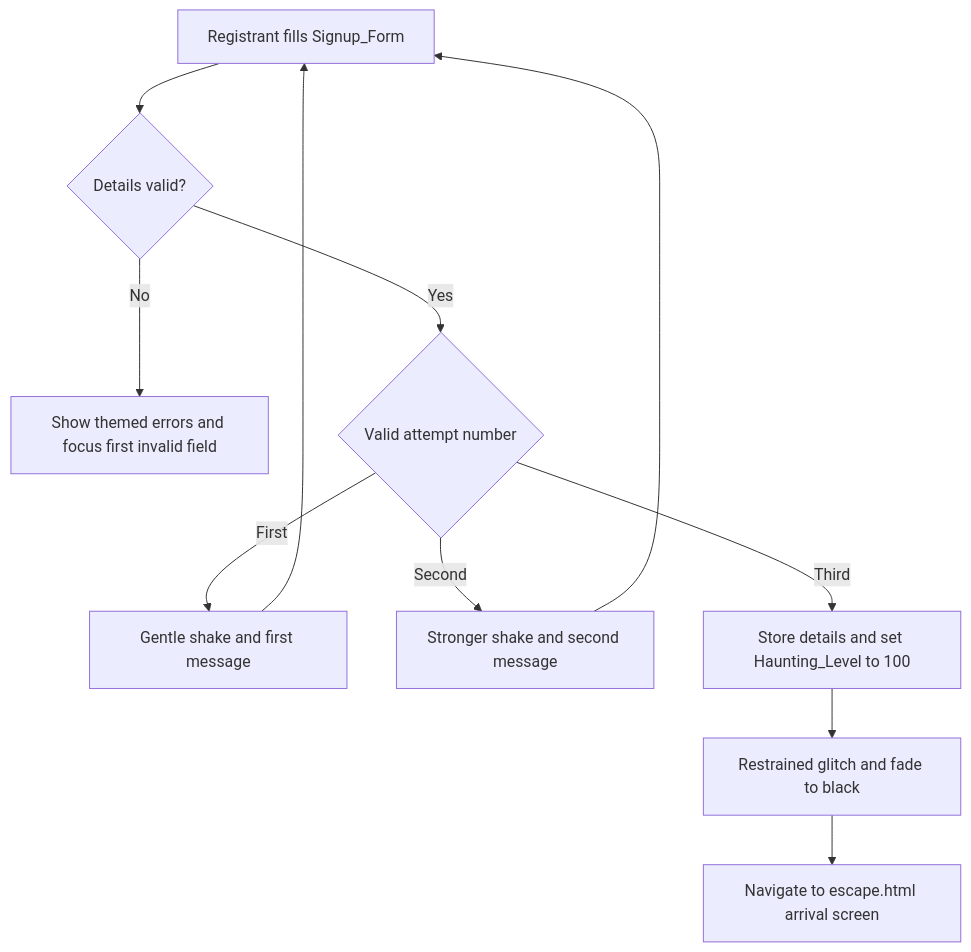
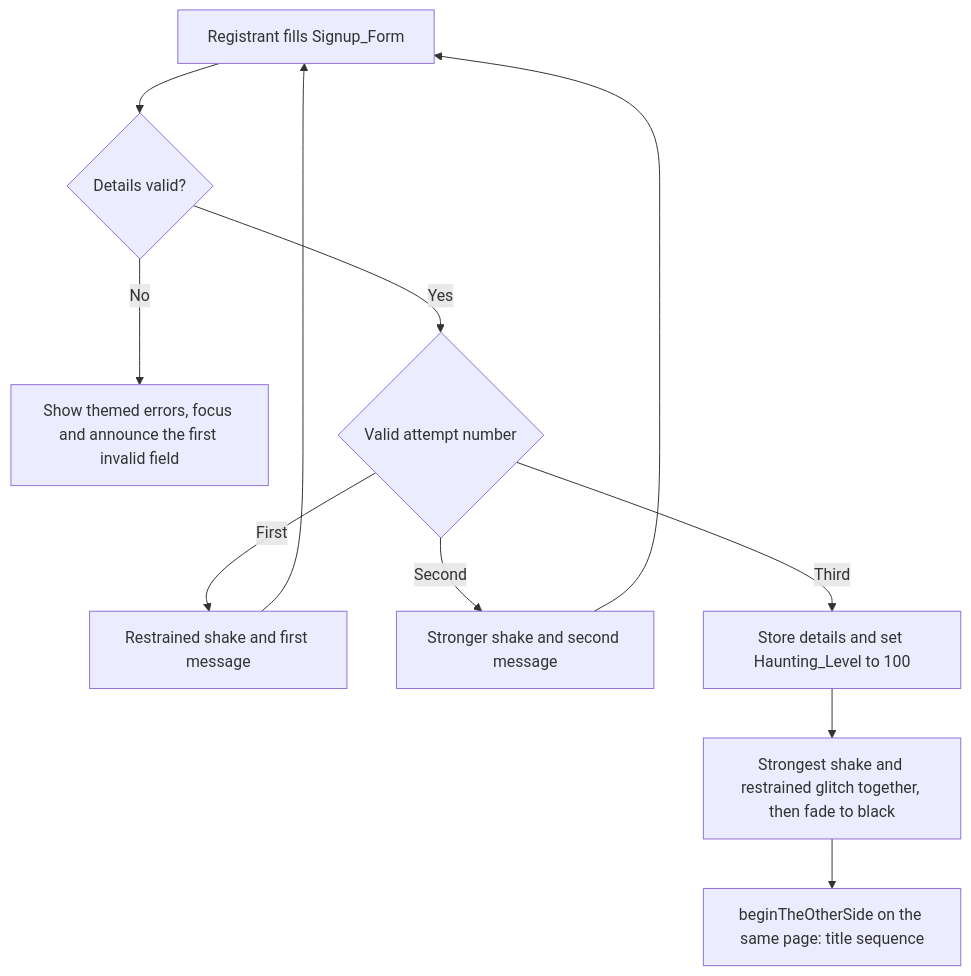
One commit to aasrithj/kiroween-hackathon-project changed the second of 2 diagrams in .kiro/specs/spooky-haunting-ui/design.md. Above: the diagram before and after it, drawn with Mermaid. The commit also changed other lines of this file and 26 other files, not shown here.

````diff
--- a/.kiro/specs/spooky-haunting-ui/design.md
+++ b/.kiro/specs/spooky-haunting-ui/design.md
@@ -49,13 +54,13 @@
 ```mermaid
 flowchart TD
   A[Registrant fills Signup_Form] --> B{Details valid?}
-  B -- No --> C[Show themed errors and focus first invalid field]
+  B -- No --> C[Show themed errors, focus and announce the first invalid field]
   B -- Yes --> D{Valid attempt number}
-  D -- First --> E[Gentle shake and first message]
+  D -- First --> E[Restrained shake and first message]
   E --> A
   D -- Second --> F[Stronger shake and second message]
   F --> A
   D -- Third --> G[Store details and set Haunting_Level to 100]
-  G --> H[Restrained glitch and fade to black]
-  H --> I[Navigate to escape.html arrival screen]
+  G --> H[Strongest shake and restrained glitch together, then fade to black]
+  H --> I[beginTheOtherSide on the same page: title sequence]
 ```
````
